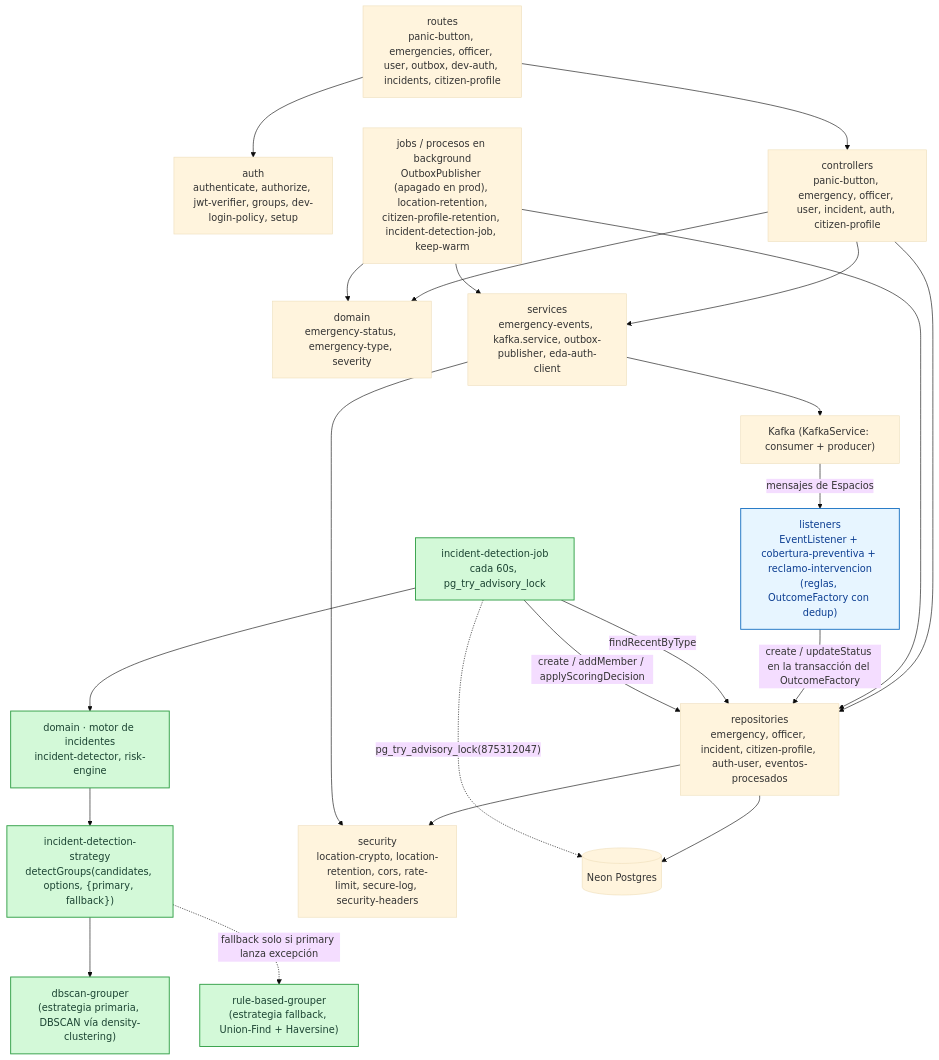
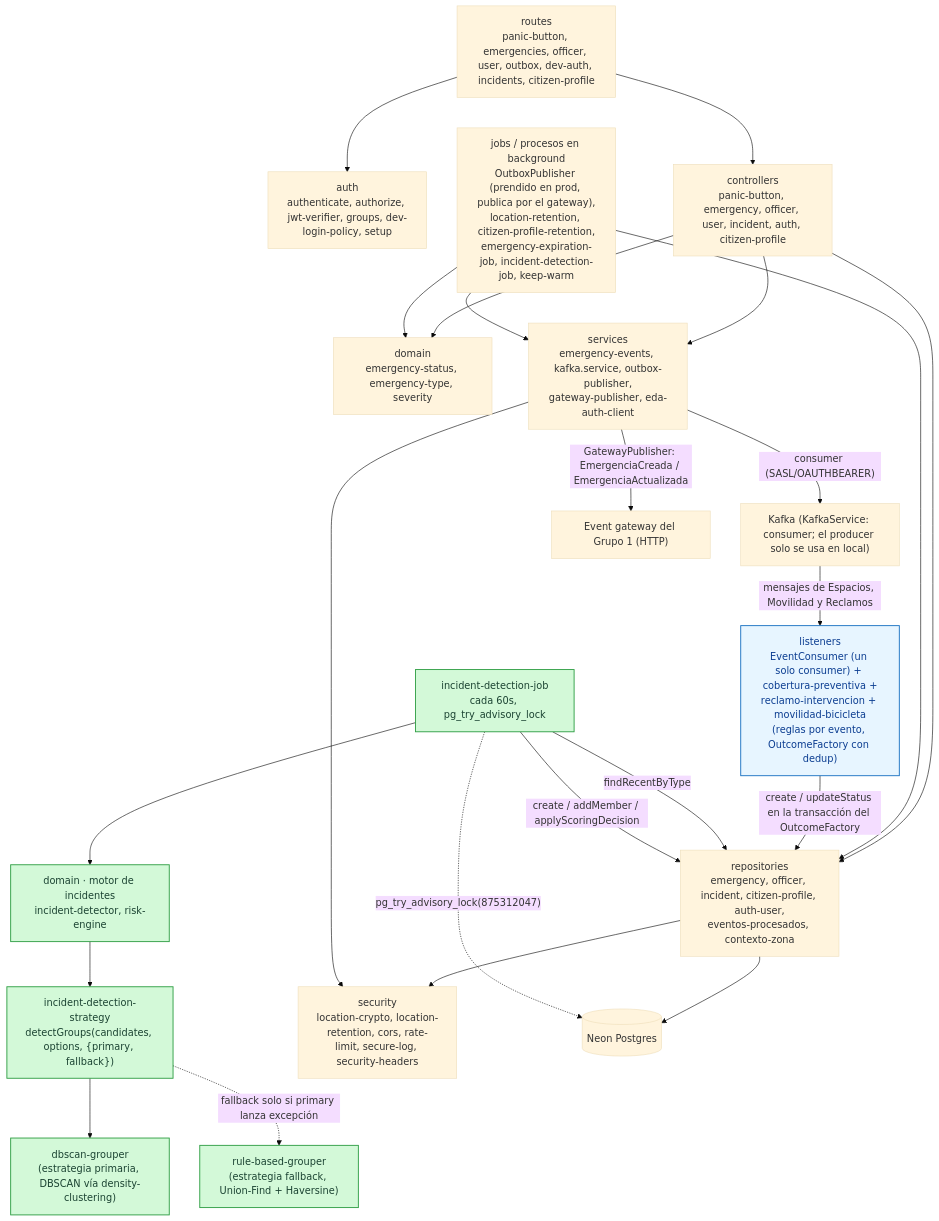
One commit to G6D2/emergencias-backend changed the second of 2 diagrams in docs/diagramas/03-arquitectura.md. Above: the diagram before and after it, drawn with Mermaid (base theme). The commit also changed other lines of this file and 2 other files, not shown here.

Commit message:
docs(diagramas): vista 4+1 y arquitectura al día con producción (#120)
Suma docs/diagramas/09-vista-4+1.md con las cinco vistas de Kruchten
(lógica, de procesos, de desarrollo, física y escenarios) y corrige los
dos diagramas de 03-arquitectura.md que contradecían a producción: el
outbox figuraba apagado y solo se mostraban dos eventos consumidos.

Claude-Session: https://claude.ai/code/session_01HKkrDVJb1d9NY3wVfWpRTW

````diff
--- a/docs/diagramas/03-arquitectura.md
+++ b/docs/diagramas/03-arquitectura.md
@@ -83,46 +85,48 @@
 ```mermaid
 flowchart TB
     routes["routes<br/>panic-button, emergencies, officer, user, outbox, dev-auth, incidents, citizen-profile"]
     auth["auth<br/>authenticate, authorize, jwt-verifier, groups, dev-login-policy, setup"]
     controllers["controllers<br/>panic-button, emergency, officer, user, incident, auth, citizen-profile"]
     domain["domain<br/>emergency-status, emergency-type, severity"]
     incidentDomain["domain · motor de incidentes<br/>incident-detector, risk-engine"]:::incident
     strategy["incident-detection-strategy<br/>detectGroups(candidates, options, {primary, fallback})"]:::incident
     dbscanGrouper["dbscan-grouper<br/>(estrategia primaria, DBSCAN vía density-clustering)"]:::incident
     ruleGrouper["rule-based-grouper<br/>(estrategia fallback, Union-Find + Haversine)"]:::incident
-    repositories["repositories<br/>emergency, officer, incident, citizen-profile, auth-user, eventos-procesados"]
-    services["services<br/>emergency-events, kafka.service, outbox-publisher, eda-auth-client"]
-    listeners["listeners<br/>EventListener + cobertura-preventiva + reclamo-intervencion<br/>(reglas, OutcomeFactory con dedup)"]:::consumer
+    repositories["repositories<br/>emergency, officer, incident, citizen-profile, auth-user,<br/>eventos-procesados, contexto-zona"]
+    services["services<br/>emergency-events, kafka.service, outbox-publisher,<br/>gateway-publisher, eda-auth-client"]
+    listeners["listeners<br/>EventConsumer (un solo consumer) + cobertura-preventiva +<br/>reclamo-intervencion + movilidad-bicicleta<br/>(reglas por evento, OutcomeFactory con dedup)"]:::consumer
     detectionJob["incident-detection-job<br/>cada 60s, pg_try_advisory_lock"]:::incident
     security["security<br/>location-crypto, location-retention, cors, rate-limit, secure-log, security-headers"]
-    jobs["jobs / procesos en background<br/>OutboxPublisher (apagado en prod), location-retention,<br/>citizen-profile-retention, incident-detection-job, keep-warm"]
+    jobs["jobs / procesos en background<br/>OutboxPublisher (prendido en prod, publica por el gateway),<br/>location-retention, citizen-profile-retention,<br/>emergency-expiration-job, incident-detection-job, keep-warm"]
     db[("Neon Postgres")]
-    kafkaC["Kafka (KafkaService: consumer + producer)"]
+    kafkaC["Kafka (KafkaService: consumer; el producer solo se usa en local)"]
+    gatewayC["Event gateway del Grupo 1 (HTTP)"]
 
     routes --> auth
     routes --> controllers
     controllers --> domain
     controllers --> repositories
     controllers --> services
     repositories --> security
     repositories --> db
     services --> security
     jobs --> domain
     jobs --> repositories
     jobs --> services
-    services --> kafkaC
-    kafkaC -->|"mensajes de Espacios"| listeners
+    services -->|"consumer (SASL/OAUTHBEARER)"| kafkaC
+    services -->|"GatewayPublisher: EmergenciaCreada / EmergenciaActualizada"| gatewayC
+    kafkaC -->|"mensajes de Espacios, Movilidad y Reclamos"| listeners
     listeners -->|"create / updateStatus en la transacción del OutcomeFactory"| repositories
 
     detectionJob --> incidentDomain
     incidentDomain --> strategy
     strategy --> dbscanGrouper
     strategy -.->|"fallback solo si primary lanza excepción"| ruleGrouper
     detectionJob -->|"findRecentByType"| repositories
     detectionJob -->|"create / addMember / applyScoringDecision"| repositories
     detectionJob -.->|"pg_try_advisory_lock(875312047)"| db
 
     classDef planned fill:#f1f3f5,stroke:#adb5bd,color:#495057,stroke-width:1px,stroke-dasharray: 4 3;
     classDef incident fill:#d3f9d8,stroke:#2f9e44,color:#1b4332,stroke-width:1.5px;
     classDef consumer fill:#e7f5ff,stroke:#1971c2,color:#0b3d91,stroke-width:1.5px;
 ```
````
